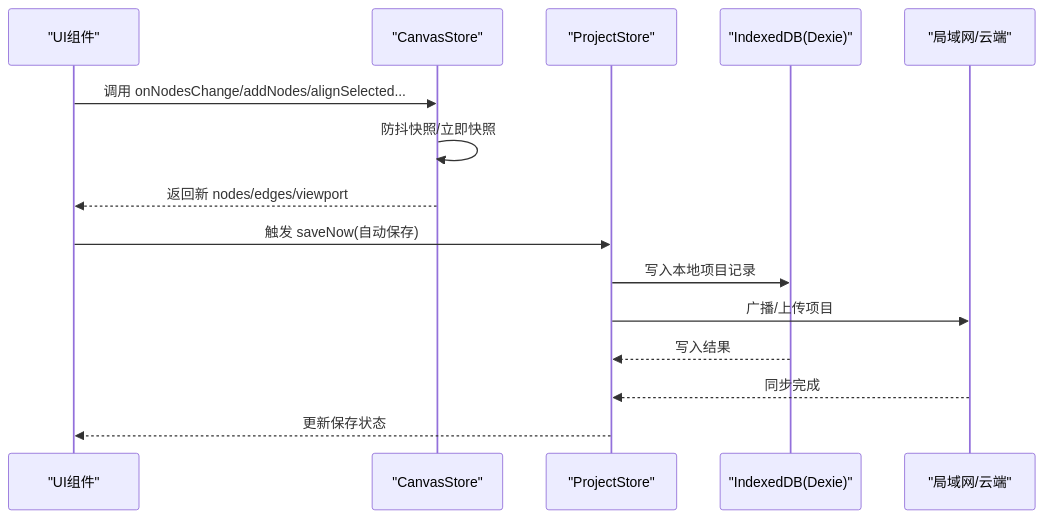
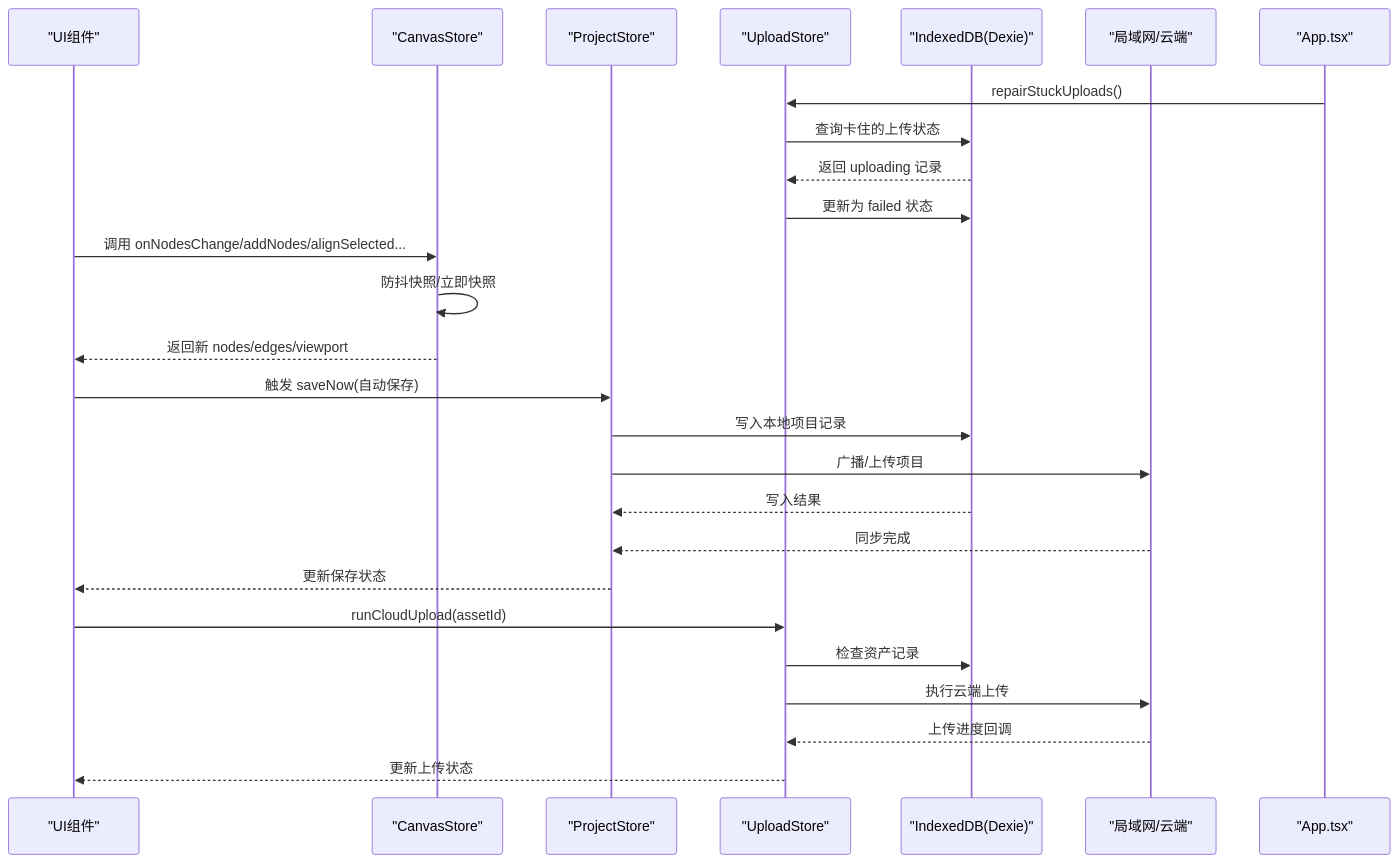
One commit to suqi-bot/SuQCanvas changed the second of 10 diagrams in .qoder/repowiki/zh/content/架构设计/组件架构设计/组件通信模式/Zustand 状态管理.md. Above: the diagram before and after it, drawn with Mermaid. The commit also changed other lines of this file and 69 other files, not shown here.

````diff
--- a/.qoder/repowiki/zh/content/架构设计/组件架构设计/组件通信模式/Zustand 状态管理.md
+++ b/.qoder/repowiki/zh/content/架构设计/组件架构设计/组件通信模式/Zustand 状态管理.md
@@ -97,17 +113,28 @@
 ```mermaid
 sequenceDiagram
 participant UI as "UI组件"
 participant CS as "CanvasStore"
 participant PS as "ProjectStore"
+participant US as "UploadStore"
 participant DB as "IndexedDB(Dexie)"
 participant LAN as "局域网/云端"
+participant APP as "App.tsx"
+APP->>US : repairStuckUploads()
+US->>DB : 查询卡住的上传状态
+DB-->>US : 返回 uploading 记录
+US->>DB : 更新为 failed 状态
 UI->>CS : 调用 onNodesChange/addNodes/alignSelected...
 CS->>CS : 防抖快照/立即快照
 CS-->>UI : 返回新 nodes/edges/viewport
 UI->>PS : 触发 saveNow(自动保存)
 PS->>DB : 写入本地项目记录
 PS->>LAN : 广播/上传项目
 DB-->>PS : 写入结果
 LAN-->>PS : 同步完成
 PS-->>UI : 更新保存状态
+UI->>US : runCloudUpload(assetId)
+US->>DB : 检查资产记录
+US->>LAN : 执行云端上传
+LAN-->>US : 上传进度回调
+US-->>UI : 更新上传状态
 ```
````
